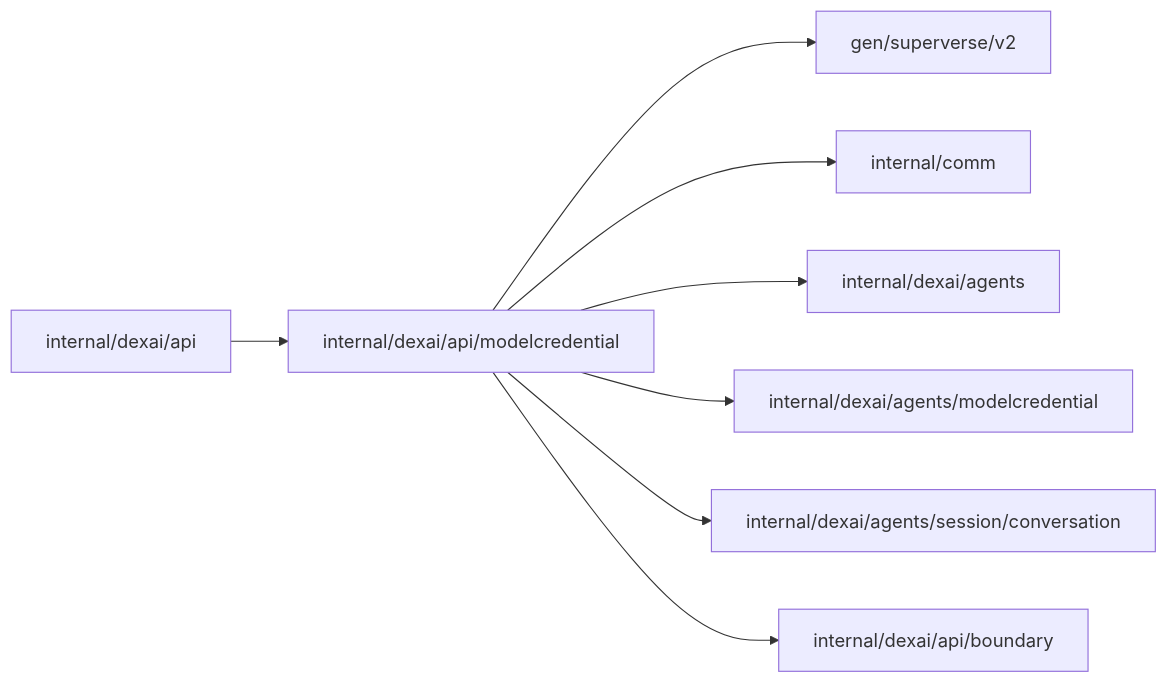
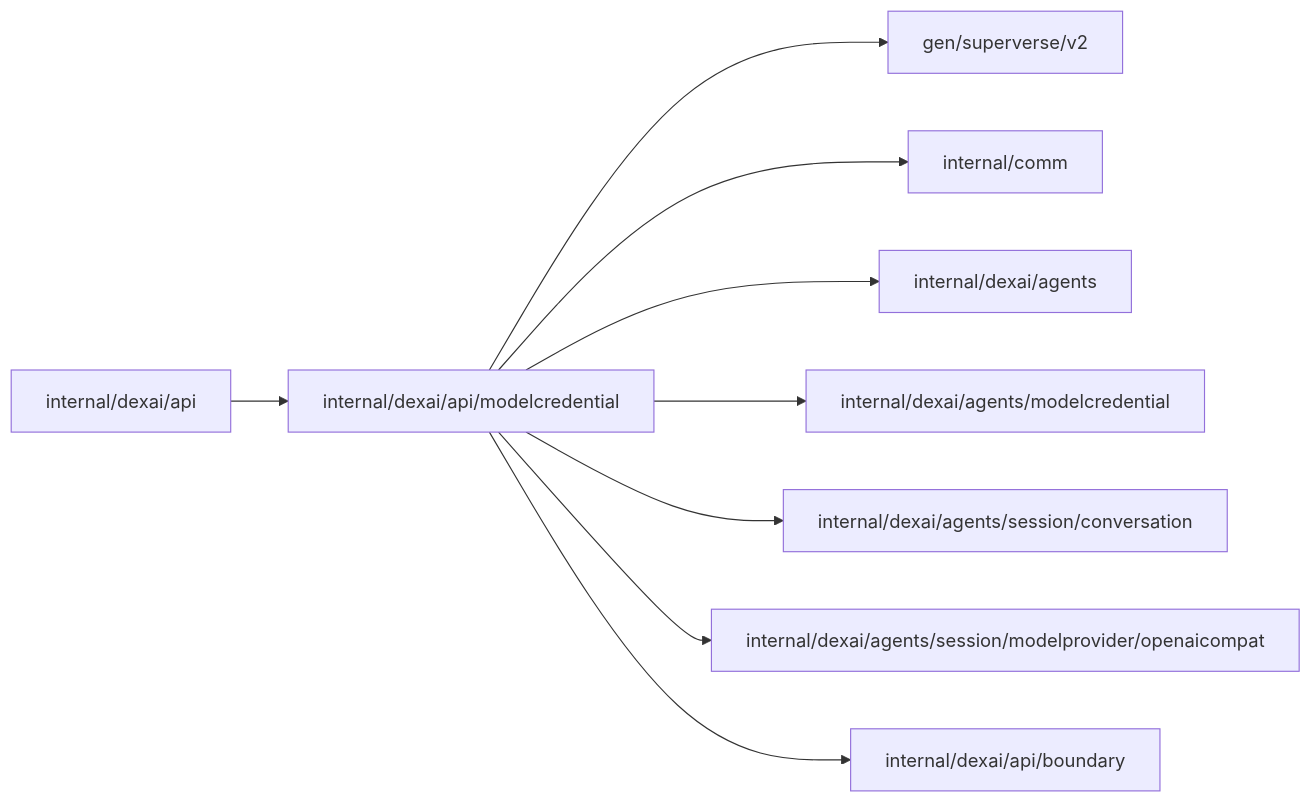
One commit to superdurable/superverse changed the diagram in internal/dexai/api/modelcredential/README.md. Above: the diagram before and after it, drawn with Mermaid. The commit also changed other lines of this file and 75 other files, not shown here.

````diff
--- a/internal/dexai/api/modelcredential/README.md
+++ b/internal/dexai/api/modelcredential/README.md
@@ -10,11 +10,12 @@
 ```mermaid
 flowchart LR
   self["internal/dexai/api/modelcredential"]
   c0["internal/dexai/api"] --> self
   self --> d0["gen/superverse/v2"]
   self --> d1["internal/comm"]
   self --> d2["internal/dexai/agents"]
   self --> d3["internal/dexai/agents/modelcredential"]
   self --> d4["internal/dexai/agents/session/conversation"]
-  self --> d5["internal/dexai/api/boundary"]
+  self --> d5["internal/dexai/agents/session/modelprovider/openaicompat"]
+  self --> d6["internal/dexai/api/boundary"]
 ```
````
